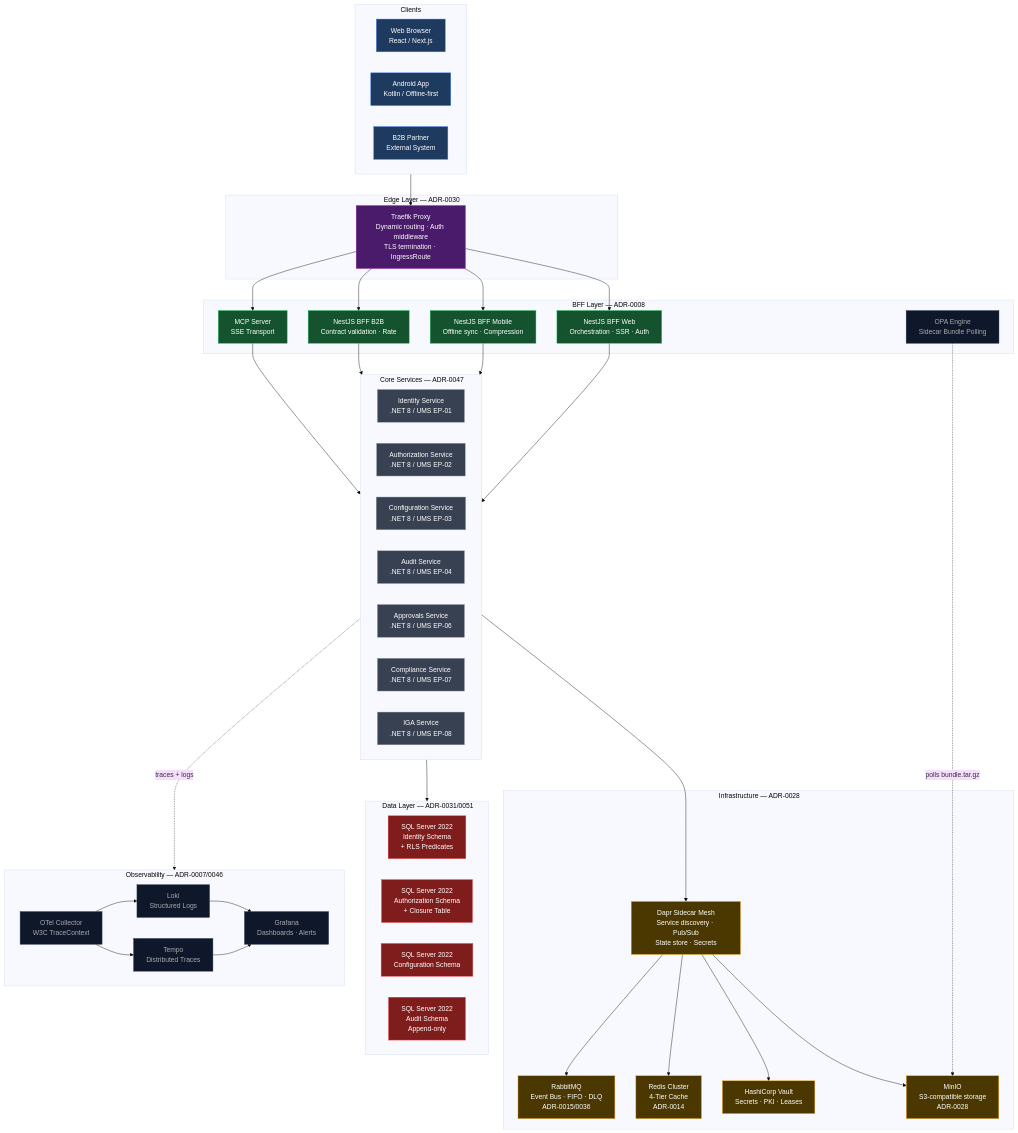
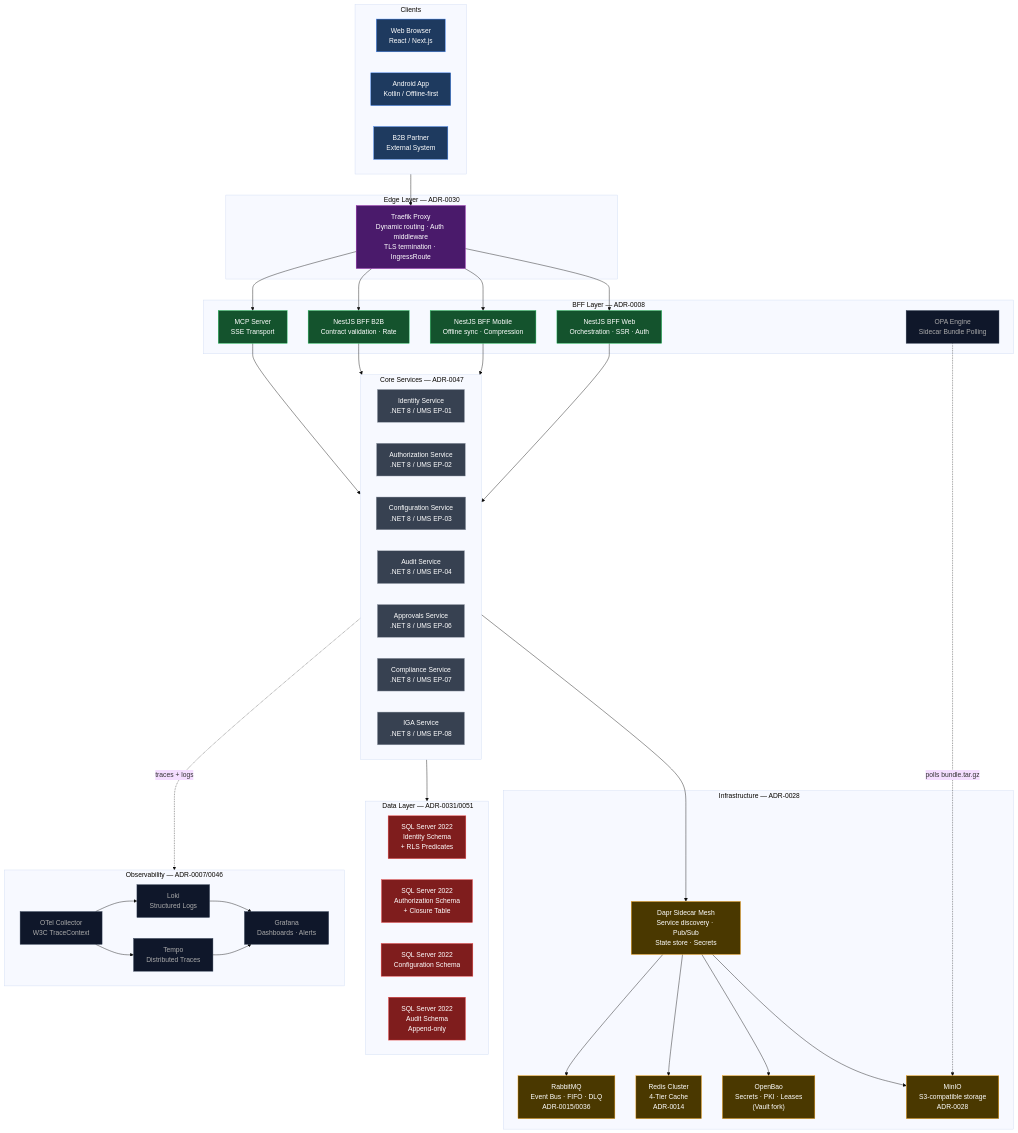
The first of 5 diagrams in reference/governance/standards/communication/visuals/v08-infrastructure-topology.md (beyondnetcode/evolith_arch32), drawn with Mermaid (base theme) before and after one commit. The commit also changed other lines of this file and 31 other files, not shown here.

First line of the commit message:
chore(infra): migrate HashiCorp Vault to OpenBao (GT-112)

````diff
--- a/reference/governance/standards/communication/visuals/v08-infrastructure-topology.md
+++ b/reference/governance/standards/communication/visuals/v08-infrastructure-topology.md
@@ -11,72 +11,72 @@
 ```mermaid
 flowchart TB
     classDef client fill:#1e3a5f,stroke:#3b82f6,color:#fff
     classDef gateway fill:#4a1a6b,stroke:#9c27b0,color:#fff
     classDef bff fill:#14532d,stroke:#22c55e,color:#fff
     classDef service fill:#374151,stroke:#9ca3af,color:#fff
     classDef infra fill:#4a3800,stroke:#f59e0b,color:#fff
     classDef obs fill:#0f172a,stroke:#334155,color:#aaa
     classDef db fill:#7f1d1d,stroke:#ef4444,color:#fff
 
     subgraph CLIENTS[" Clients"]
         direction LR
         WEB["Web Browser\nReact / Next.js"]:::client
         MOB["Android App\nKotlin / Offline-first"]:::client
         B2B["B2B Partner\nExternal System"]:::client
     end
 
     subgraph EDGE[" Edge Layer — ADR-0030"]
         TRAEFIK["Traefik Proxy\nDynamic routing · Auth middleware\nTLS termination · IngressRoute"]:::gateway
     end
 
     subgraph BFF_LAYER[" BFF Layer — ADR-0008"]
         BFF_WEB["NestJS BFF Web\nOrchestration · SSR · Auth"]:::bff
         BFF_MOB["NestJS BFF Mobile\nOffline sync · Compression"]:::bff
         BFF_B2B["NestJS BFF B2B\nContract validation · Rate"]:::bff
         MCP_SERVER["MCP Server\nSSE Transport"]:::bff
         OPA["OPA Engine\nSidecar Bundle Polling"]:::obs
     end
 
     subgraph SERVICES["️ Core Services — ADR-0047"]
         SVC_ID["Identity Service\n.NET 8 / UMS EP-01"]:::service
         SVC_AZ["Authorization Service\n.NET 8 / UMS EP-02"]:::service
         SVC_CF["Configuration Service\n.NET 8 / UMS EP-03"]:::service
         SVC_AU["Audit Service\n.NET 8 / UMS EP-04"]:::service
         SVC_AP["Approvals Service\n.NET 8 / UMS EP-06"]:::service
         SVC_CO["Compliance Service\n.NET 8 / UMS EP-07"]:::service
         SVC_IG["IGA Service\n.NET 8 / UMS EP-08"]:::service
     end
 
     subgraph INFRA_LAYER["️ Infrastructure — ADR-0028"]
         DAPR["Dapr Sidecar Mesh\nService discovery · Pub/Sub\nState store · Secrets"]:::infra
         RMQ["RabbitMQ\nEvent Bus · FIFO · DLQ\nADR-0015/0036"]:::infra
         REDIS["Redis Cluster\n4-Tier Cache\nADR-0014"]:::infra
-        VAULT["HashiCorp Vault\nSecrets · PKI · Leases"]:::infra
+        OPENBAO["OpenBao\nSecrets · PKI · Leases\n(Vault fork)"]:::infra
         MINIO["MinIO\nS3-compatible storage\nADR-0028"]:::infra
     end
 
     subgraph DATA["️ Data Layer — ADR-0031/0051"]
         DB_ID["SQL Server 2022\nIdentity Schema\n+ RLS Predicates"]:::db
         DB_AZ["SQL Server 2022\nAuthorization Schema\n+ Closure Table"]:::db
         DB_CF["SQL Server 2022\nConfiguration Schema"]:::db
         DB_AU["SQL Server 2022\nAudit Schema\nAppend-only"]:::db
     end
 
     subgraph OBS[" Observability — ADR-0007/0046"]
         direction LR
         OTEL["OTel Collector\nW3C TraceContext"]:::obs
         LOKI["Loki\nStructured Logs"]:::obs
         TEMPO["Tempo\nDistributed Traces"]:::obs
         GRAFANA["Grafana\nDashboards · Alerts"]:::obs
         OTEL --> LOKI & TEMPO --> GRAFANA
     end
 
     CLIENTS --> TRAEFIK
     TRAEFIK --> BFF_WEB & BFF_MOB & BFF_B2B & MCP_SERVER
     OPA -.->|"polls bundle.tar.gz"| MINIO
     BFF_WEB & BFF_MOB & BFF_B2B & MCP_SERVER --> SERVICES
     SERVICES --> DAPR
-    DAPR --> RMQ & REDIS & VAULT & MINIO
+    DAPR --> RMQ & REDIS & OPENBAO & MINIO
     SERVICES --> DATA
     SERVICES -.->|"traces + logs"| OTEL
 ```
````
